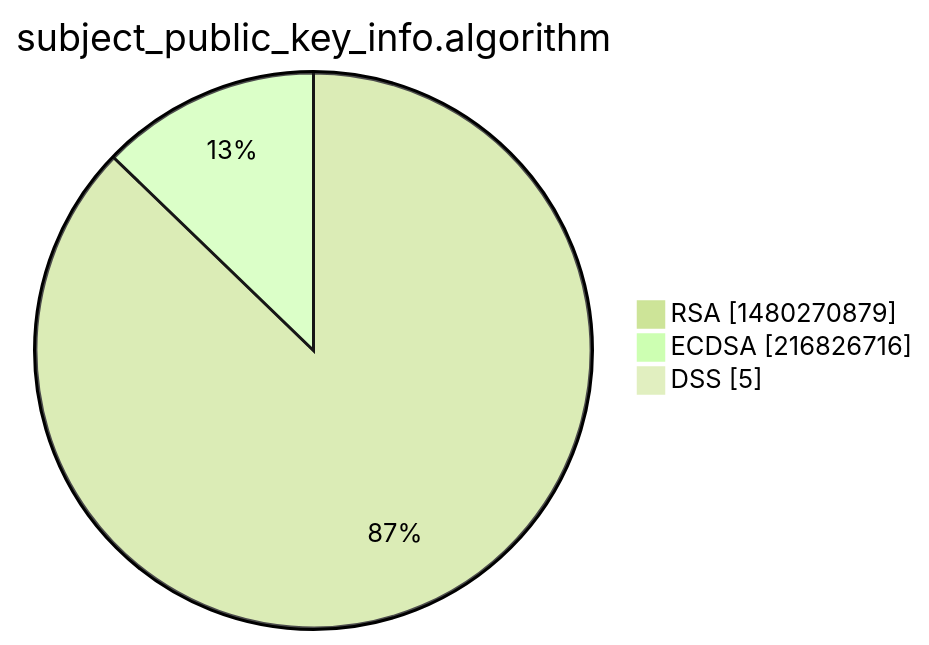
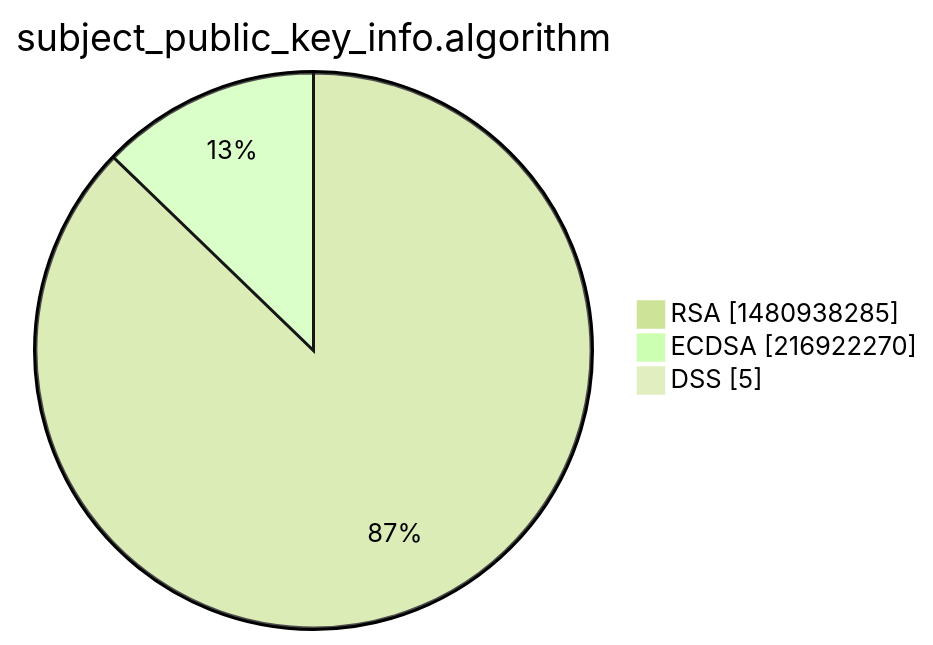
One commit to christiankrug/ctmonitor_visualization changed the third of 15 diagrams in xenon2022/README.md. Above: the diagram before and after it, drawn with Mermaid (forest theme). The commit also changed other lines of this file, not shown here.

````diff
--- a/xenon2022/README.md
+++ b/xenon2022/README.md
@@ -14,7 +14,7 @@
 ```mermaid
 pie showData
 title subject_public_key_info.algorithm
-"RSA" :1480270879
-"ECDSA" :216826716
+"RSA" :1480938285
+"ECDSA" :216922270
 "DSS" :5
 ```
````
